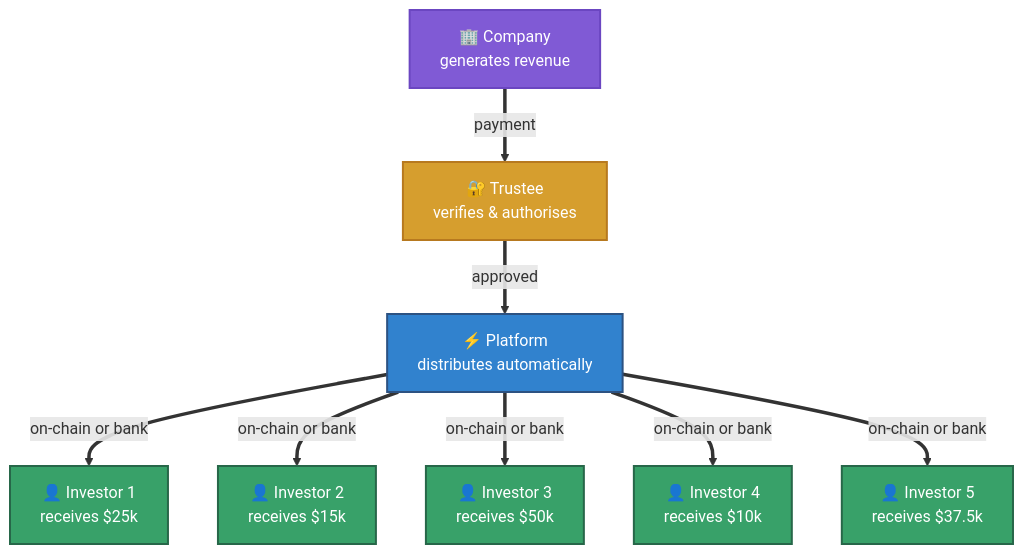
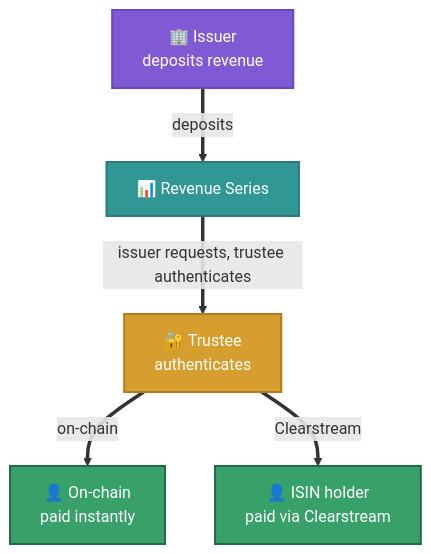
One commit to hrbrlife/sailsto_website changed the tenth of 16 diagrams in hugo-site/content/players.md. Above: the diagram before and after it, drawn with Mermaid. The commit also changed other lines of this file and 89 other files, not shown here.

```diff
--- a/hugo-site/content/players.md
+++ b/hugo-site/content/players.md
@@ -308,26 +459,17 @@
         <div class="mermaid">
         flowchart TD
-            ISS["🏢 Company&lt;br/&gt;generates revenue"]
-            TRU["🔐 Trustee&lt;br/&gt;verifies &amp; authorises"]
-            DIST["⚡ Platform&lt;br/&gt;distributes automatically"]
-            I1["👤 Investor 1&lt;br/&gt;receives $25k"]
-            I2["👤 Investor 2&lt;br/&gt;receives $15k"]
-            I3["👤 Investor 3&lt;br/&gt;receives $50k"]
-            I4["👤 Investor 4&lt;br/&gt;receives $10k"]
-            I5["👤 Investor 5&lt;br/&gt;receives $37.5k"]
-            ISS ==>|"payment"| TRU
-            TRU ==>|"approved"| DIST
-            DIST ==>|"on-chain or bank"| I1
-            DIST ==>|"on-chain or bank"| I2
-            DIST ==>|"on-chain or bank"| I3
-            DIST ==>|"on-chain or bank"| I4
-            DIST ==>|"on-chain or bank"| I5
-            style ISS fill:#805ad5,color:#fff,stroke:#6b46c1,stroke-width:2px
+            CO["🏢 Issuer&lt;br/&gt;deposits revenue"]
+            REV["📊 Revenue Series"]
+            TRU["🔐 Trustee&lt;br/&gt;authenticates"]
+            YOU1["👤 On-chain&lt;br/&gt;paid instantly"]
+            YOU2["👤 ISIN holder&lt;br/&gt;paid via Clearstream"]
+            CO ==>|"deposits"| REV
+            REV ==>|"issuer requests, trustee authenticates"| TRU
+            TRU ==>|"on-chain"| YOU1
+            TRU ==>|"Clearstream"| YOU2
+            style CO fill:#805ad5,color:#fff,stroke:#6b46c1,stroke-width:2px
+            style REV fill:#319795,color:#fff,stroke:#2c7a7b,stroke-width:2px
             style TRU fill:#d69e2e,color:#fff,stroke:#b7791f,stroke-width:2px
-            style DIST fill:#3182ce,color:#fff,stroke:#2c5282,stroke-width:2px
-            style I1 fill:#38a169,color:#fff,stroke:#276749,stroke-width:2px
-            style I2 fill:#38a169,color:#fff,stroke:#276749,stroke-width:2px
-            style I3 fill:#38a169,color:#fff,stroke:#276749,stroke-width:2px
-            style I4 fill:#38a169,color:#fff,stroke:#276749,stroke-width:2px
-            style I5 fill:#38a169,color:#fff,stroke:#276749,stroke-width:2px
+            style YOU1 fill:#38a169,color:#fff,stroke:#276749,stroke-width:2px
+            style YOU2 fill:#38a169,color:#fff,stroke:#276749,stroke-width:2px
         </div>
```
